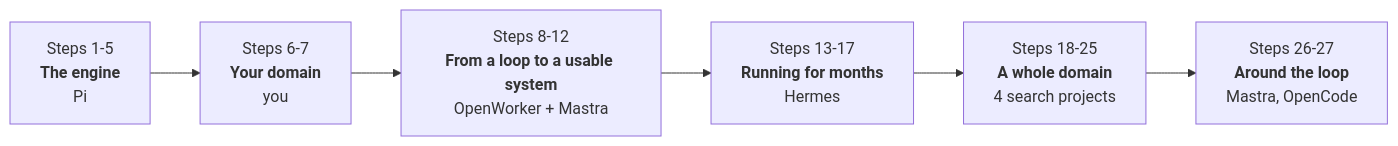
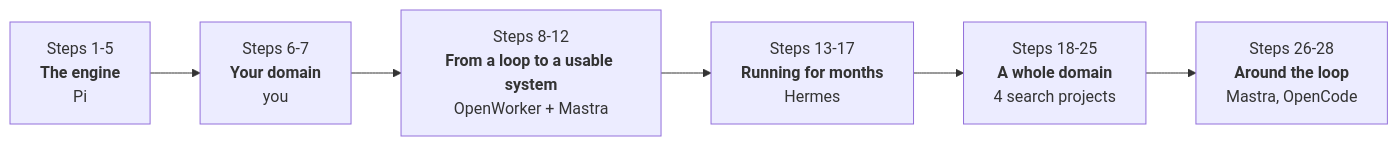
Before and after one commit to whereissam/learn-agent-engineering-from-production: the second of 2 diagrams in README.md, drawn with Mermaid. The commit also changed other lines of this file and 2 other files, not shown here.

````diff
--- a/README.md
+++ b/README.md
@@ -70,8 +70,8 @@
 ```mermaid
 flowchart LR
     P1["Steps 1-5<br/><b>The engine</b><br/>Pi"] --> P2["Steps 6-7<br/><b>Your domain</b><br/>you"]
     P2 --> P3["Steps 8-12<br/><b>From a loop to a usable system</b><br/>OpenWorker + Mastra"]
     P3 --> P4["Steps 13-17<br/><b>Running for months</b><br/>Hermes"]
     P4 --> P5["Steps 18-25<br/><b>A whole domain</b><br/>4 search projects"]
-    P5 --> P6["Steps 26-27<br/><b>Around the loop</b><br/>Mastra, OpenCode"]
+    P5 --> P6["Steps 26-28<br/><b>Around the loop</b><br/>Mastra, OpenCode"]
 ```
````
